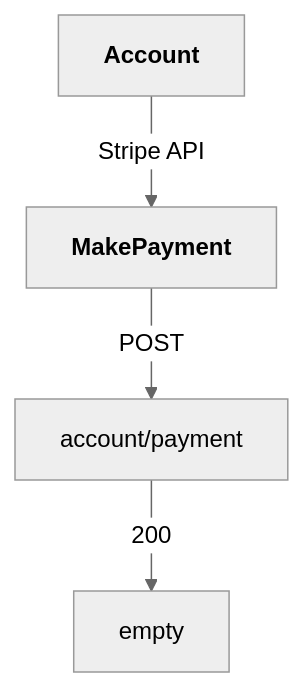
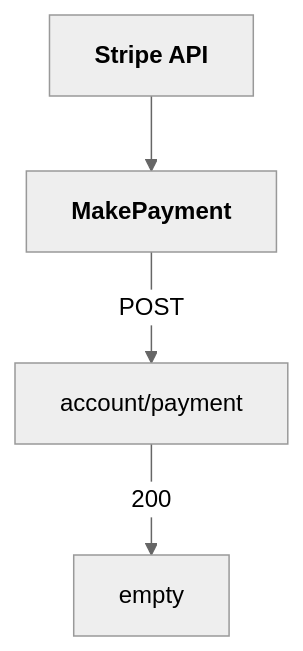
One commit to Karmello/ask-the-world-api changed the third of 10 diagrams in README.md. Above: the diagram before and after it, drawn with Mermaid (neutral theme). The commit also changed other lines of this file, not shown here.

````diff
--- a/README.md
+++ b/README.md
@@ -25,4 +25,4 @@
 ```mermaid
 flowchart
-ROOT[<b>Account</b>] --> |Stripe API|A1[<b>MakePayment</b>] --> |POST|A2[account/payment] --> |200|A3[empty]
+ROOT[<b>Stripe API</b>] --> A1[<b>MakePayment</b>] --> |POST|A2[account/payment] --> |200|A3[empty]
 ```
````
